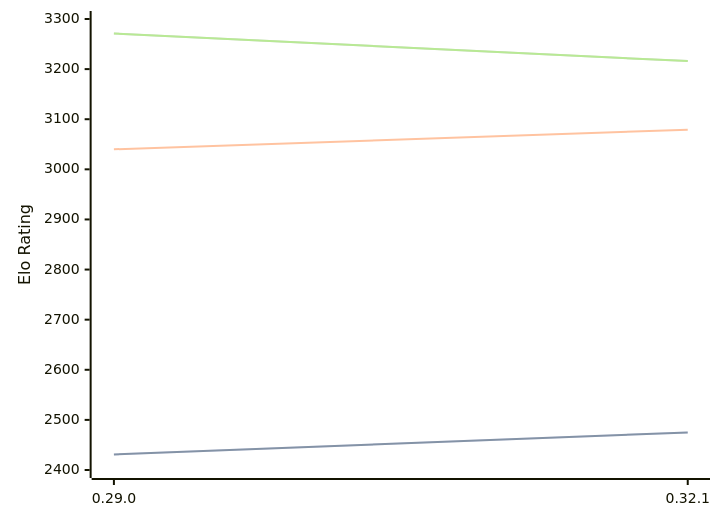
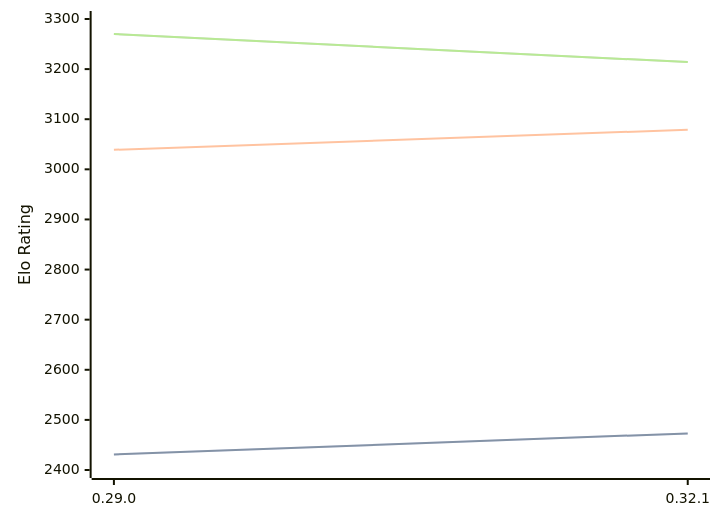
One commit to computer-chess-index/cci changed the diagram in engines/Lc0.md. Above: the diagram before and after it, drawn with Mermaid. The commit also changed other lines of this file, not shown here.

Commit message:
Update CCI Ratings (ELO VLTC) - 2026-03-07

````diff
--- a/engines/Lc0.md
+++ b/engines/Lc0.md
@@ -66,11 +66,11 @@
 ```mermaid
 %%{init: {"theme":"base","themeVariables":{"seriesColors:['#a3a3a3','#222221','#faa371']}}}%%
 xychart-beta
   x-axis ["0.29.0", "0.32.1"]
   y-axis "Elo Rating" 2400 --> 3300
-  line "STC (8.0+0.08s)" [2431, 2475]
-  line "STC (8.0+0.08s)" [2431, 2475]
-  line "LTC (60.0+0.60s)" [3040, 3079]
-  line "VLTC (2m24s+1.12s)" [3271, 3216]
-  line "VLTC (2m24s+1.12s)" [3271, 3216]
+  line "STC (8.0+0.08s)" [2431, 2473]
+  line "STC (8.0+0.08s)" [2431, 2473]
+  line "LTC (60.0+0.60s)" [3039, 3079]
+  line "VLTC (2m24s+1.12s)" [3270, 3214]
+  line "VLTC (2m24s+1.12s)" [3270, 3214]
 ```
````
